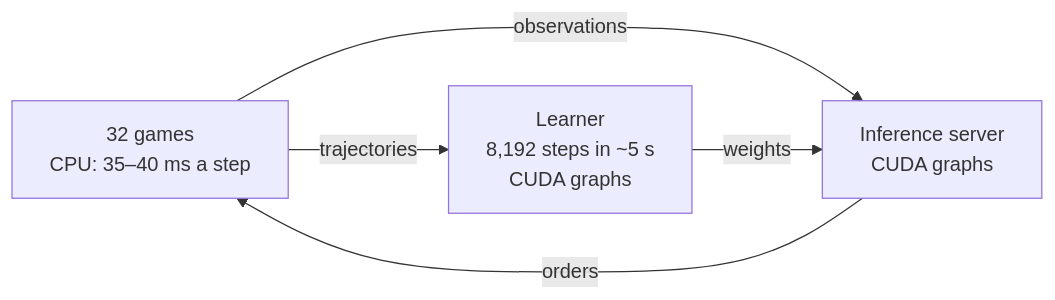
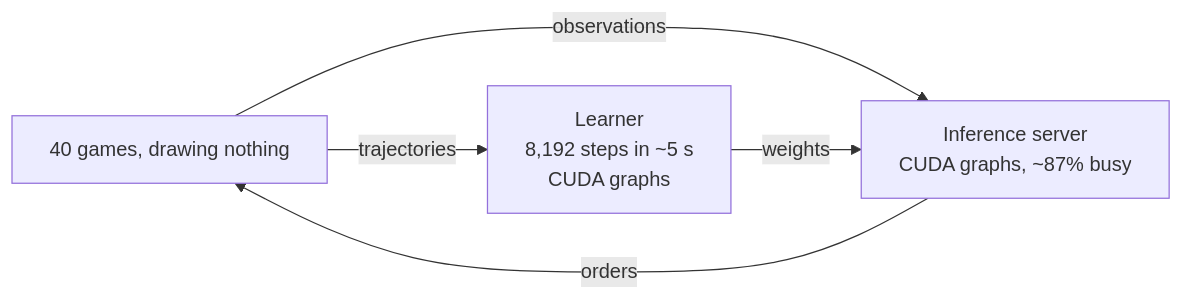
One commit to RobinKa/warcraftsim changed the second of 2 diagrams in docs/optimizations.md. Above: the diagram before and after it, drawn with Mermaid. The commit also changed other lines of this file and 1 other file, not shown here.

Commit message:
docs: games that draw nothing and 40 of them: ~1,110 steps/s

````diff
--- a/docs/optimizations.md
+++ b/docs/optimizations.md
@@ -17,7 +17,7 @@
 ```mermaid
 flowchart LR
-  G["32 games<br/>CPU: 35–40 ms a step"] -- "observations" --> I["Inference server<br/>CUDA graphs"]
+  G["40 games, drawing nothing"] -- "observations" --> I["Inference server<br/>CUDA graphs, ~87% busy"]
   I -- "orders" --> G
   G -- "trajectories" --> L["Learner<br/>8,192 steps in ~5 s<br/>CUDA graphs"]
   L -- "weights" --> I
 ```
````
